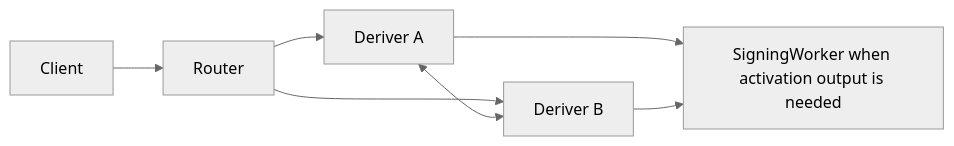
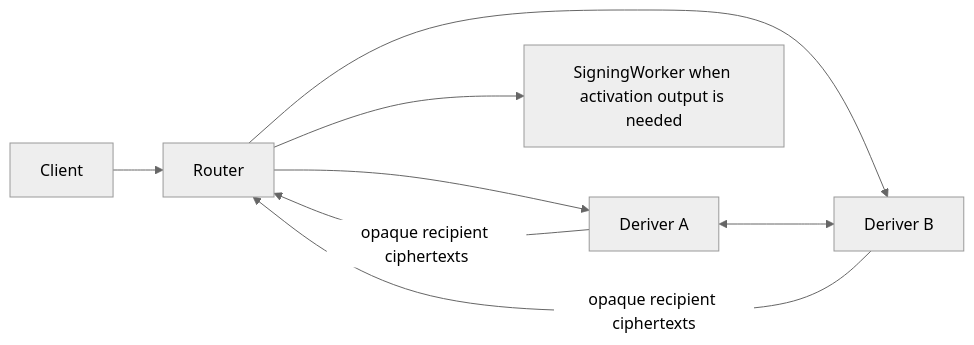
One commit to seams-tech/seams-sdk changed the second of 22 diagrams in docs/router-a-b-SPEC.md. Above: the diagram before and after it, drawn with Mermaid (neutral theme). The commit also changed other lines of this file and 48 other files, not shown here.

````diff
--- a/docs/router-a-b-SPEC.md
+++ b/docs/router-a-b-SPEC.md
@@ -56,9 +56,10 @@
 ```mermaid
 flowchart LR
   C["Client"] --> R["Router"]
   R --> A["Deriver A"]
   R --> B["Deriver B"]
   A <--> B
-  A --> SW["SigningWorker when activation output is needed"]
-  B --> SW
+  A -->|"opaque recipient ciphertexts"| R
+  B -->|"opaque recipient ciphertexts"| R
+  R --> SW["SigningWorker when activation output is needed"]
 ```
````
